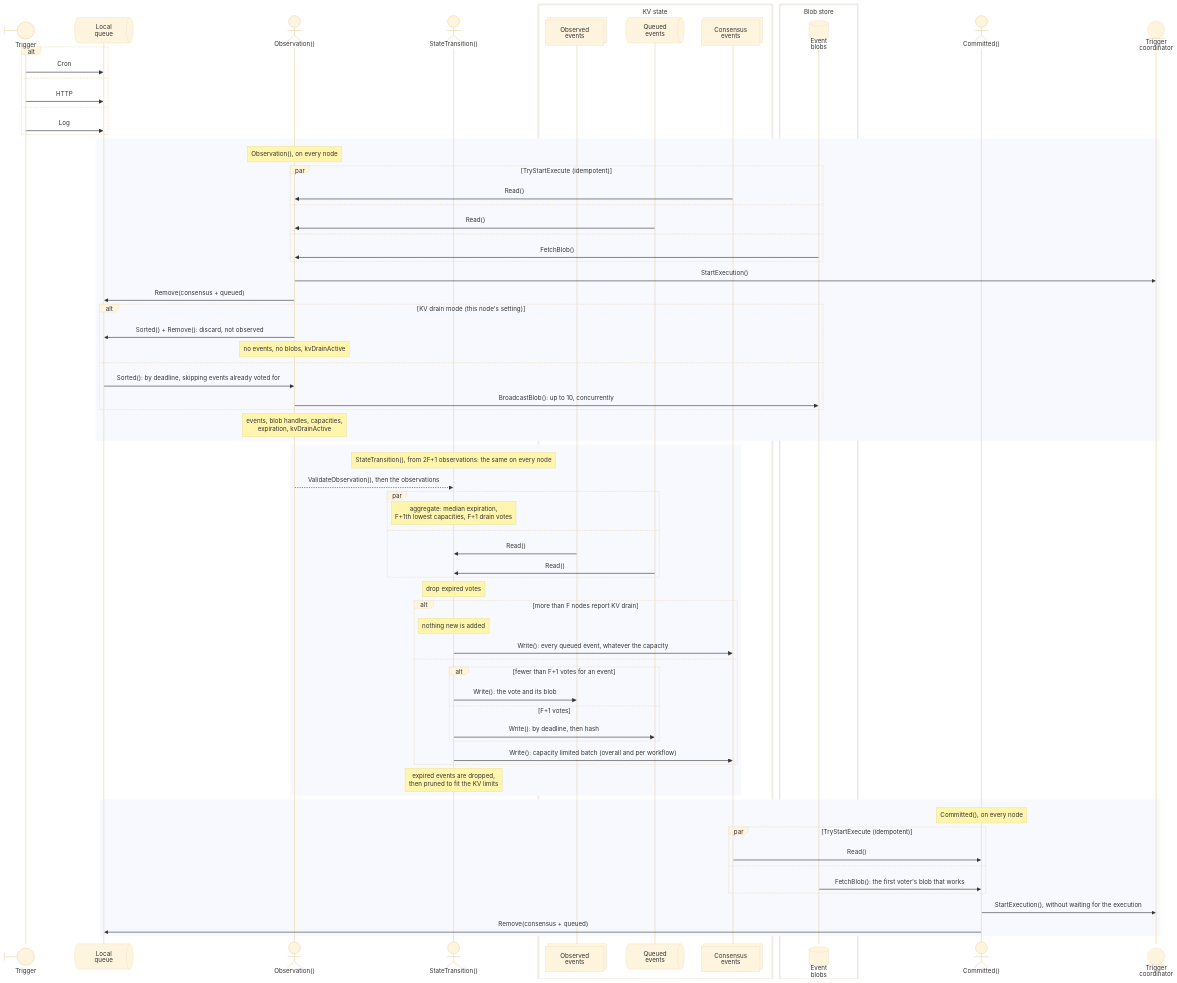
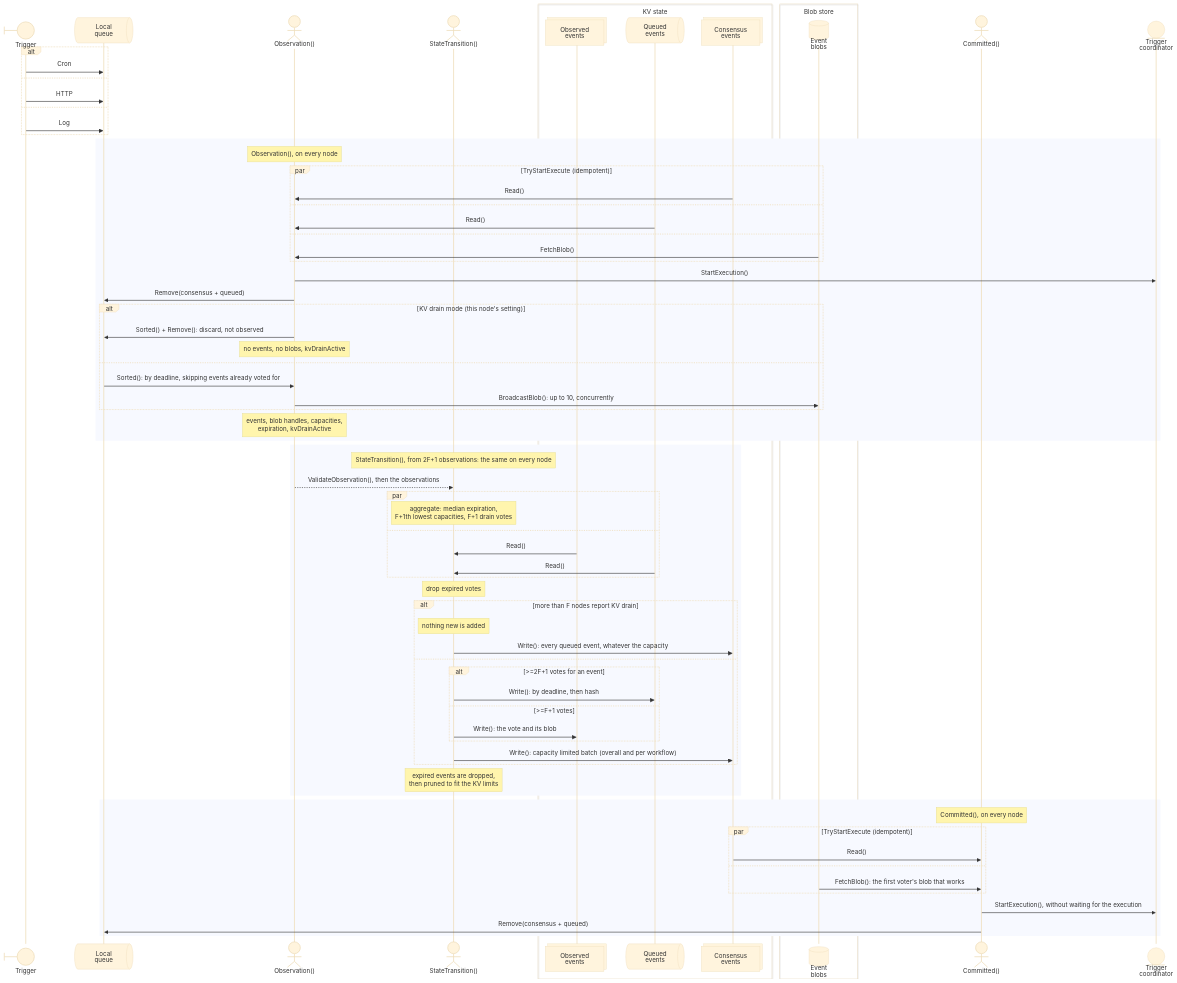
The first of 2 diagrams in core/services/ocr3_1/plugins/queue/README.md (smartcontractkit/chainlink), drawn with Mermaid (base theme) before and after one commit. The commit also changed other lines of this file and 3 other files, not shown here.

```diff
--- a/core/services/ocr3_1/plugins/queue/README.md
+++ b/core/services/ocr3_1/plugins/queue/README.md
@@ -77,10 +77,10 @@
             Note over StateTransition: nothing new is added
             StateTransition->>consensus: Write(): every queued event, whatever the capacity
         else
-            alt fewer than F+1 votes for an event
+            alt >=2F+1 votes for an event
+                StateTransition->>queued: Write(): by deadline, then hash
+            else >=F+1 votes
                 StateTransition->>observed: Write(): the vote and its blob
-            else F+1 votes
-                StateTransition->>queued: Write(): by deadline, then hash
             end
             StateTransition->>consensus: Write(): capacity limited batch (overall and per workflow)
         end
```
